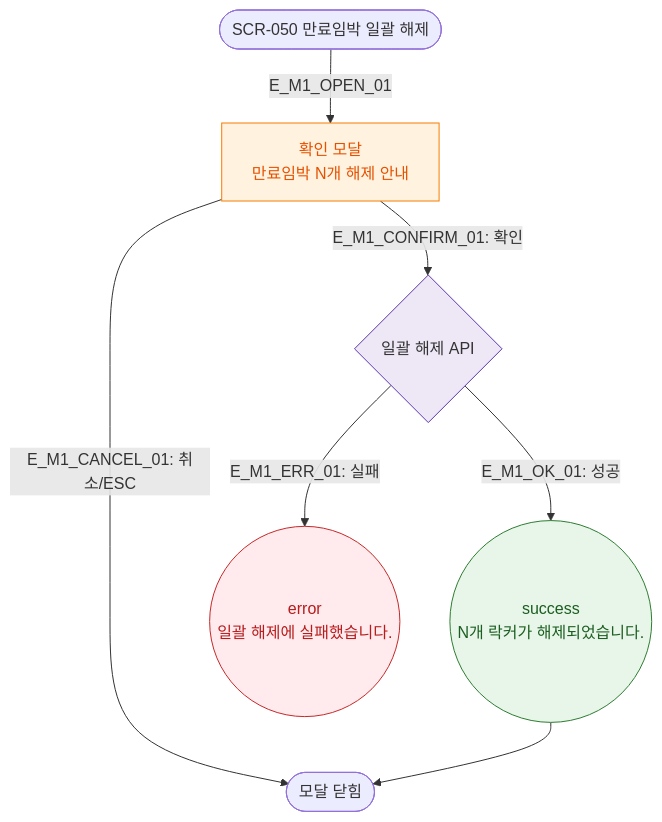
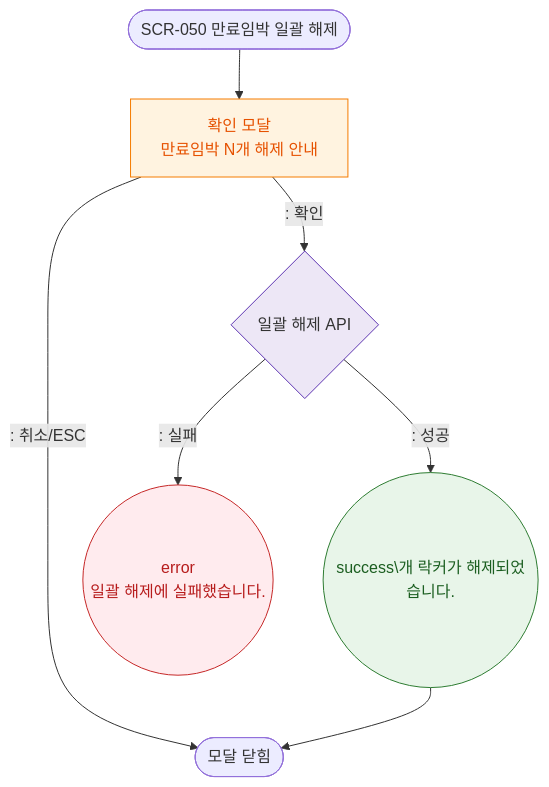
The diagram in docs/다이어그램/D06_시설관리/DLG/DLG-050-007_일괄해제확인/M1_생명주기.md (dev-spogym/admin-pando), drawn with Mermaid before and after one commit. The commit also changed other lines of this file and 1660 other files, not shown here.

First line of the commit message:
다이어그램: 기획자/클라이언트 납품본으로 정리

````diff
--- a/docs/다이어그램/D06_시설관리/DLG/DLG-050-007_일괄해제확인/M1_생명주기.md
+++ b/docs/다이어그램/D06_시설관리/DLG/DLG-050-007_일괄해제확인/M1_생명주기.md
@@ -16,18 +14,18 @@
 ```mermaid
 flowchart TD
-    TRIGGER([SCR-050 만료임박 일괄 해제]) -->|E_M1_OPEN_01| OPEN[확인 모달\n만료임박 N개 해제 안내]
-    OPEN -->|"E_M1_CONFIRM_01: 확인"| BulkRevokeAPI{일괄 해제 API}
-    BulkRevokeAPI -->|"E_M1_OK_01: 성공"| SUCCESS((success\nN개 락커가 해제되었습니다.))
-    BulkRevokeAPI -->|"E_M1_ERR_01: 실패"| FAIL((error\n일괄 해제에 실패했습니다.))
-    OPEN -->|"E_M1_CANCEL_01: 취소/ESC"| CLOSED([모달 닫힘])
+    TRIGGER([SCR-050 만료임박 일괄 해제]) --> OPEN[확인 모달\n만료임박 N개 해제 안내]
+    OPEN -->|": 확인"|BulkRevokeAPI{일괄 해제 API}
+    BulkRevokeAPI -->|": 성공"|SUCCESS((success\개 락커가 해제되었습니다.))
+    BulkRevokeAPI -->|": 실패"|FAIL((error\n일괄 해제에 실패했습니다.))
+    OPEN -->|": 취소/ESC"|CLOSED([모달 닫힘])
     SUCCESS --> CLOSED
 
     classDef modal fill:#FFF3E0,stroke:#F57C00,color:#E65100
     classDef success fill:#E8F5E9,stroke:#2E7D32,color:#1B5E20
     classDef error fill:#FFEBEE,stroke:#C62828,color:#B71C1C
     classDef system fill:#EDE7F6,stroke:#5E35B2
     class OPEN modal
     class SUCCESS success
     class FAIL error
     class BulkRevokeAPI system
 ```
````
